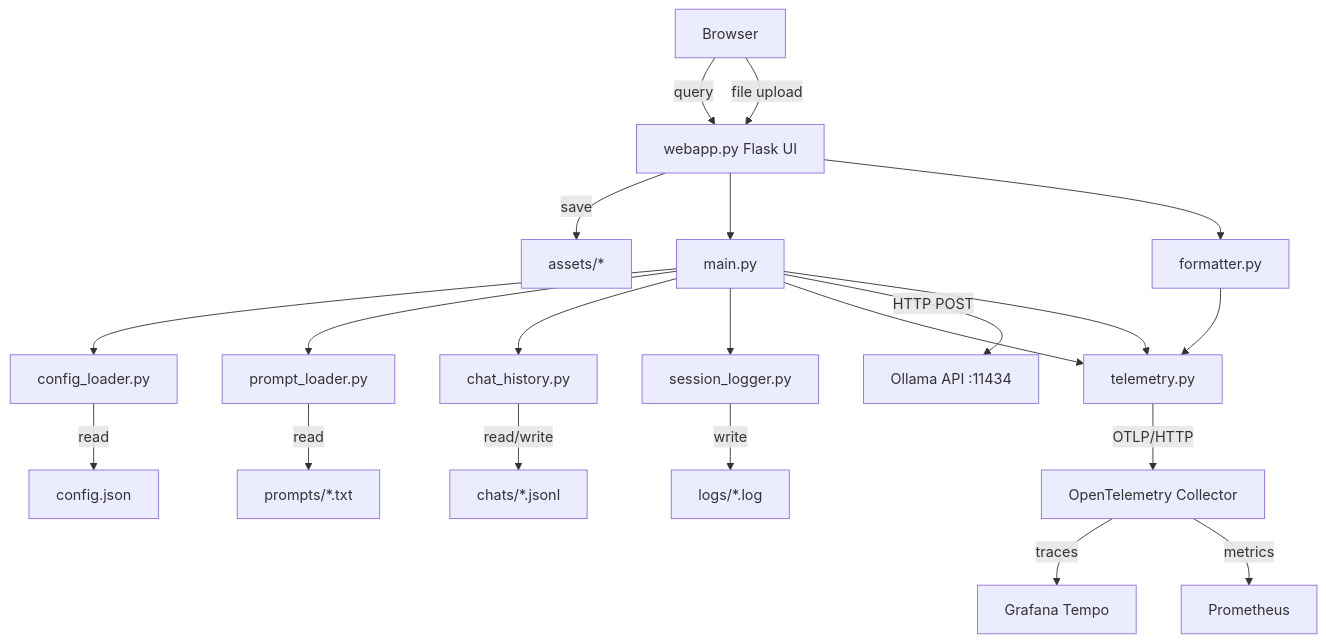
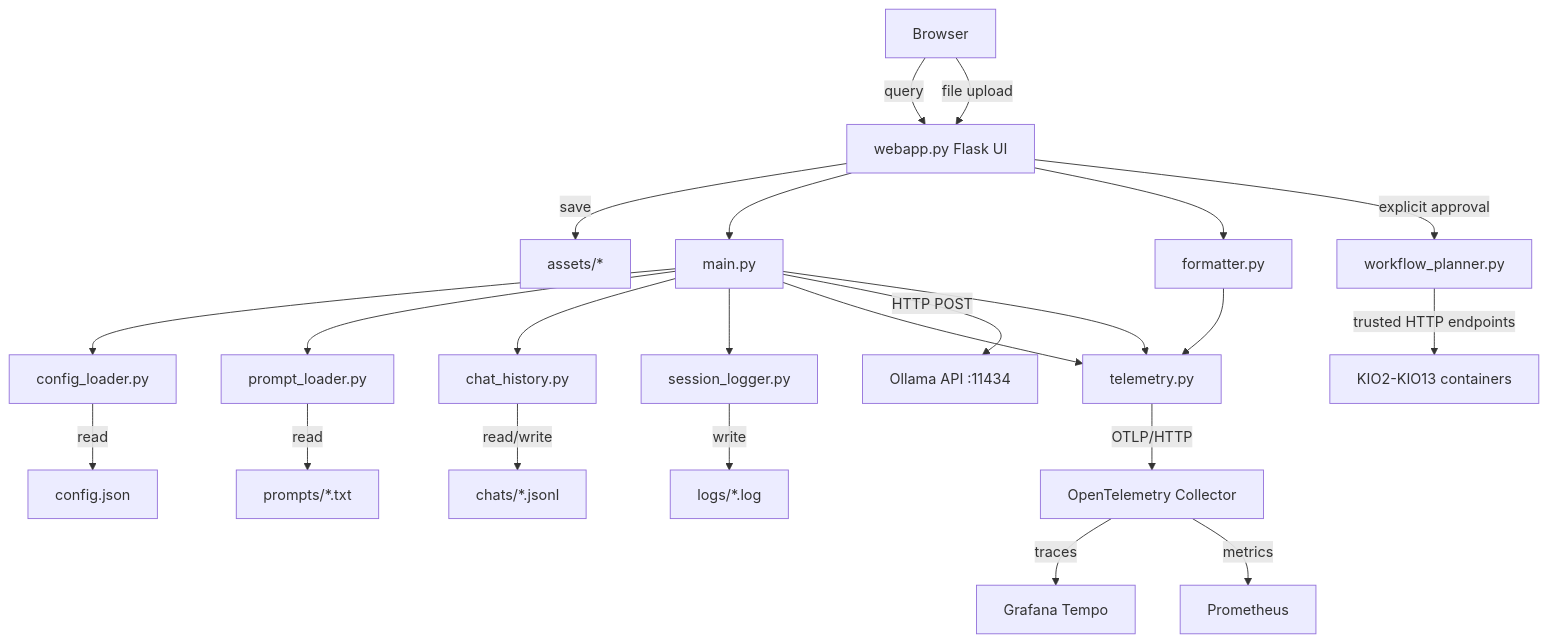
One commit to ai4sweng/kio1.orchestrator changed the diagram in docs/architecture.md. Above: the diagram before and after it, drawn with Mermaid. The commit also changed other lines of this file and 27 other files, not shown here.

Commit message:
Workflow planner development

````diff
--- a/docs/architecture.md
+++ b/docs/architecture.md
@@ -9,23 +9,25 @@
 ```mermaid
 graph TD
     User[Browser] -->|query| WebApp[webapp.py Flask UI]
     User -->|file upload| WebApp
     WebApp -->|save| Assets[assets/*]
     WebApp --> Main[main.py]
     Main --> ConfigLoader[config_loader.py]
     Main --> PromptLoader[prompt_loader.py]
     Main --> ChatHistory[chat_history.py]
     WebApp --> Formatter[formatter.py]
+    WebApp -->|explicit approval| Planner[workflow_planner.py]
+    Planner -->|trusted HTTP endpoints| Agents[KIO2-KIO13 containers]
     Main --> SessionLogger[session_logger.py]
     Main --> Telemetry[telemetry.py]
     Main -->|HTTP POST| Ollama[Ollama API :11434]
     SessionLogger -->|write| LogFiles[logs/*.log]
     ChatHistory -->|read/write| ChatFiles[chats/*.jsonl]
     ConfigLoader -->|read| ConfigFile[config.json]
     PromptLoader -->|read| PromptFile[prompts/*.txt]
     Formatter --> Telemetry
     Main --> Telemetry
     Telemetry -->|OTLP/HTTP| Collector[OpenTelemetry Collector]
     Collector -->|traces| Tempo[Grafana Tempo]
     Collector -->|metrics| Prometheus[Prometheus]
 ```
````
